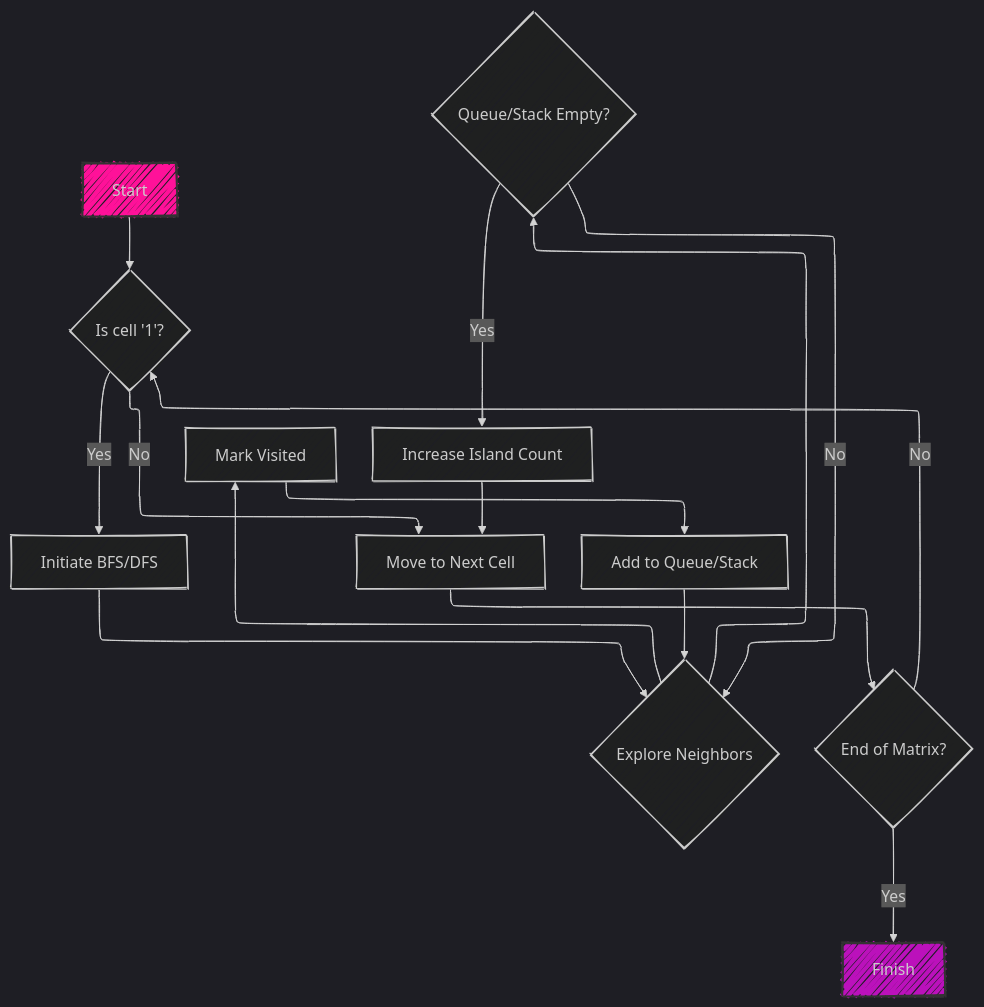
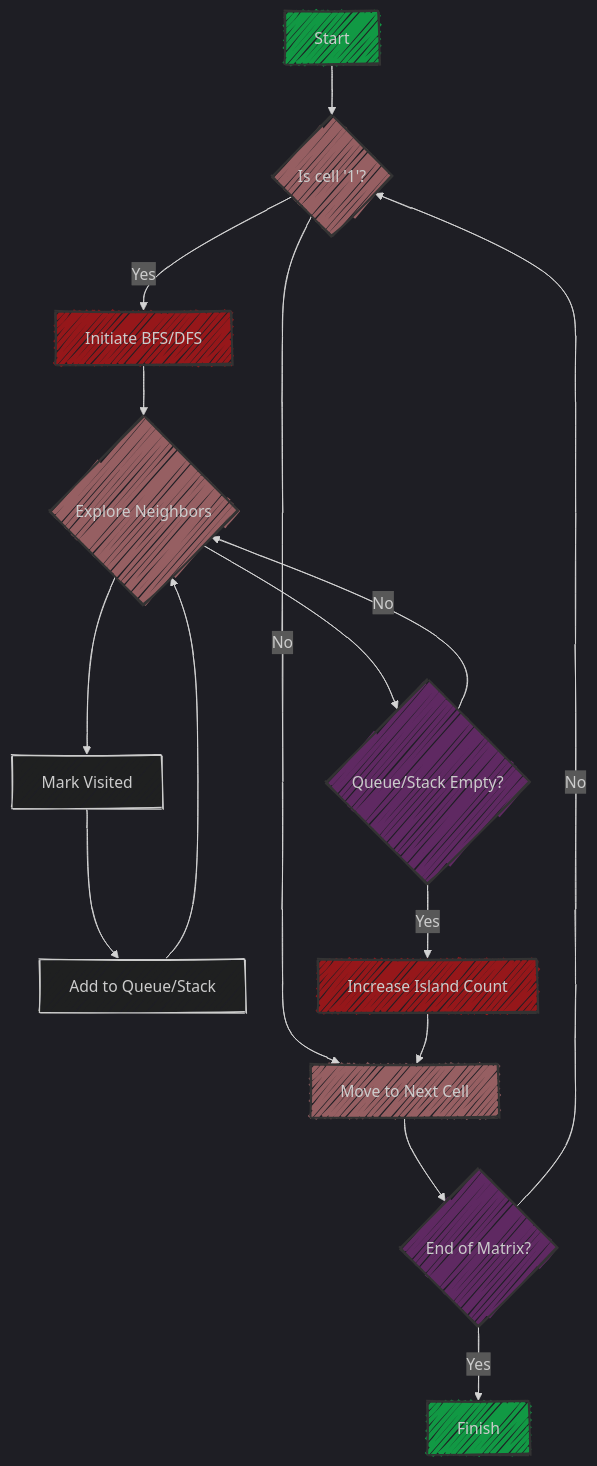
One commit to CongLeSolutionX/AlgoVerse changed the diagram in Coding_patterns_for_tech_interviews/Islands-Matrix_Tranversal/Islands-Matrix_Tranversal.md. Above: the diagram before and after it, drawn with Mermaid.

Commit message:
update diagram style

````diff
--- a/Coding_patterns_for_tech_interviews/Islands-Matrix_Tranversal/Islands-Matrix_Tranversal.md
+++ b/Coding_patterns_for_tech_interviews/Islands-Matrix_Tranversal/Islands-Matrix_Tranversal.md
@@ -44,26 +44,34 @@
 ```mermaid
 ---
 config:
-  layout: elk
   look: handDrawn
   theme: dark
 ---
 flowchart TD
     A[Start] --> B{Is cell '1'?}
     B -- Yes --> C[Initiate BFS/DFS]
     B -- No --> D[Move to Next Cell]
     C --> E{Explore Neighbors}
     E --> F[Mark Visited] --> G[Add to Queue/Stack]
     G --> E
     E --> H{Queue/Stack Empty?}
     H -- No --> E
     H -- Yes --> I[Increase Island Count]
     I --> D
     D --> J{End of Matrix?}
     J -- No --> B
     J -- Yes --> K[Finish]
 
-    style A fill:#f19f,stroke:#333,stroke-width:2px;
-    style K fill:#b1bf,stroke:#333,stroke-width:2px;
+    classDef Start_and_End_Point fill:#194,stroke:#333,stroke-width:2px;
+    class A,K Start_and_End_Point
     
+    classDef Decision_Point fill:#9398,stroke:#333,stroke-width:2px;
+    class H,J Decision_Point
+
+    classDef No_Choice fill:#f998,stroke:#333,stroke-width:2px;
+    class B,D,E No_Choice;
+
+    classDef Yes_Choice fill:#f118,stroke:#333,stroke-width:2px;
+    class C,I Yes_Choice;
+     
 ```
````
